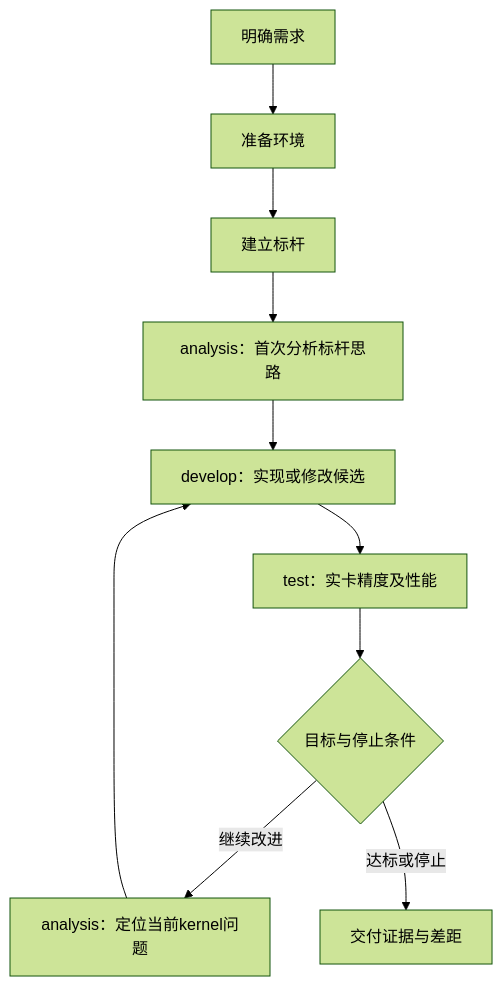
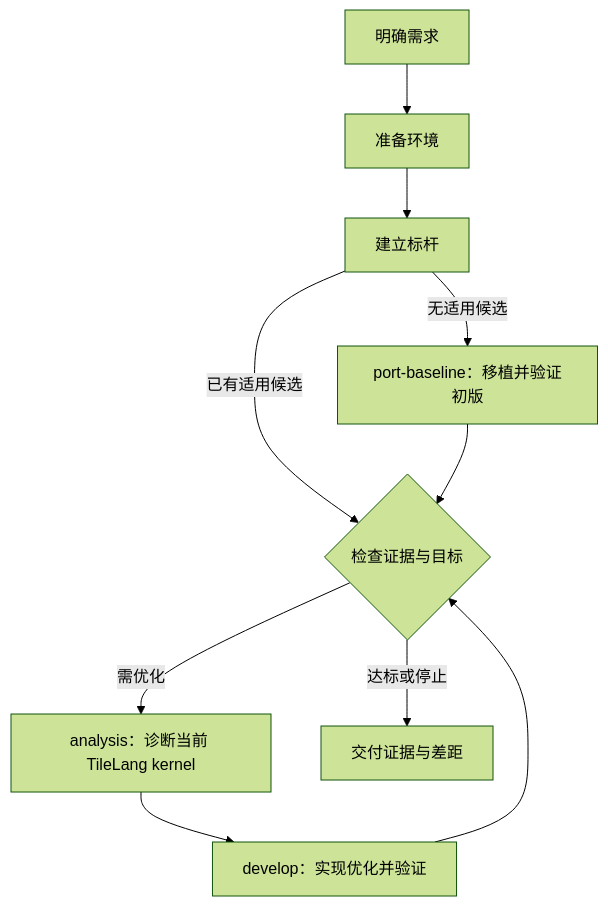
One commit to tile-ai/tilelang-mlir-ascend changed the diagram in docs/REQUIREMENTS.md. Above: the diagram before and after it, drawn with Mermaid (forest theme). The commit also changed other lines of this file and 92 other files, not shown here.

First line of the commit message:
feat(harness): harden execution/evaluation pipeline, add analysis/develop knowledge base & search@2 dependency queue (#219)

````diff
--- a/docs/REQUIREMENTS.md
+++ b/docs/REQUIREMENTS.md
@@ -45,12 +45,12 @@
 ```mermaid
 flowchart TD
     R[明确需求] --> E[准备环境]
     E --> B[建立标杆]
-    B --> A[analysis：首次分析标杆思路]
-    A --> D[develop：实现或修改候选]
-    D --> T[test：实卡精度及性能]
-    T --> C{目标与停止条件}
-    C -->|继续改进| X[analysis：定位当前kernel问题]
-    X --> D
+    B -->|无适用候选| P[port-baseline：移植并验证初版]
+    B -->|已有适用候选| C{检查证据与目标}
+    P --> C
+    C -->|需优化| A[analysis：诊断当前 TileLang kernel]
+    A --> D[develop：实现优化并验证]
+    D --> C
     C -->|达标或停止| O[交付证据与差距]
 ```
````
